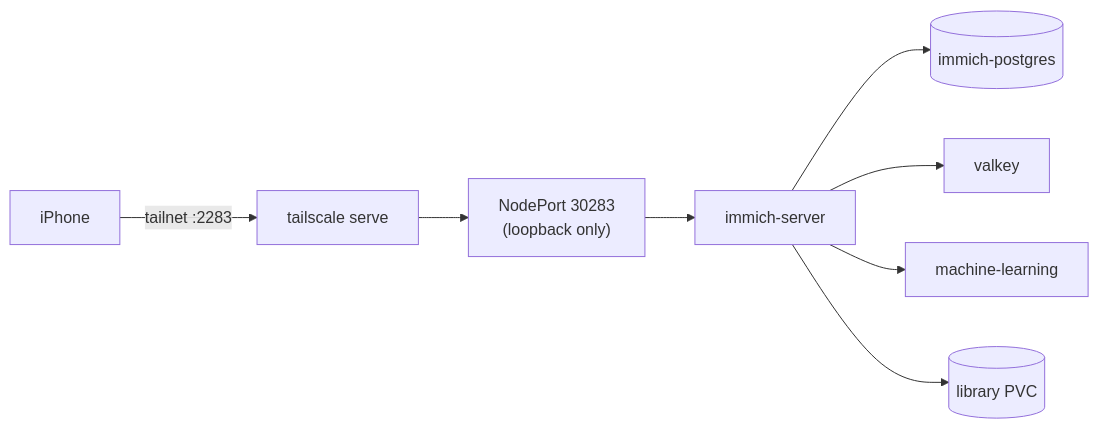
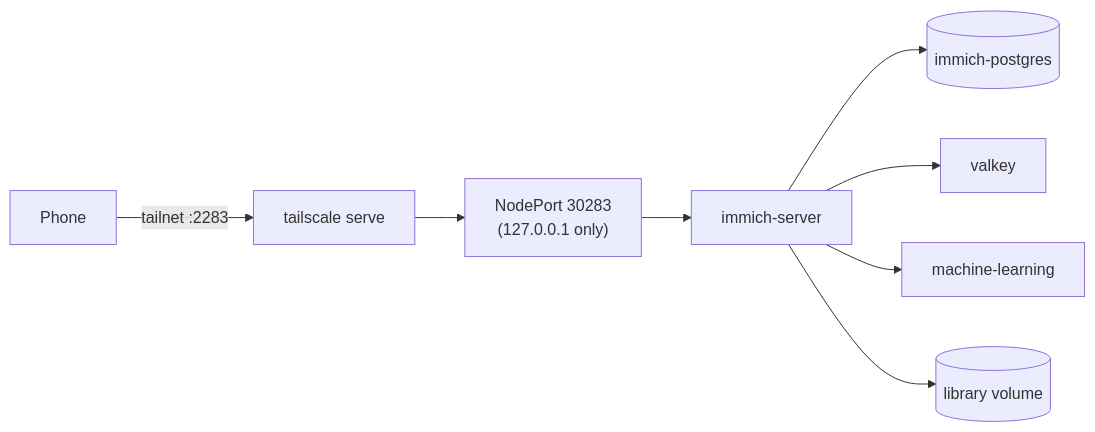
Before and after one commit to rupeshofficedata/homelab: the diagram in apps/immich/README.md, drawn with Mermaid. The commit also changed other lines of this file and 47 other files, not shown here.

````diff
--- a/apps/immich/README.md
+++ b/apps/immich/README.md
@@ -18,9 +18,9 @@
 ```mermaid
 flowchart LR
-  phone[iPhone] -- "tailnet :2283" --> ts[tailscale serve]
-  ts --> np["NodePort 30283<br/>(loopback only)"] --> server[immich-server]
+  phone["Phone"] -- "tailnet :2283" --> ts["tailscale serve"]
+  ts --> np["NodePort 30283<br/>(127.0.0.1 only)"] --> server["immich-server"]
   server --> pg[("immich-postgres")]
-  server --> vk[valkey]
-  server --> ml[machine-learning]
-  server --> lib[("library PVC")]
+  server --> vk["valkey"]
+  server --> ml["machine-learning"]
+  server --> lib[("library volume")]
 ```
````
